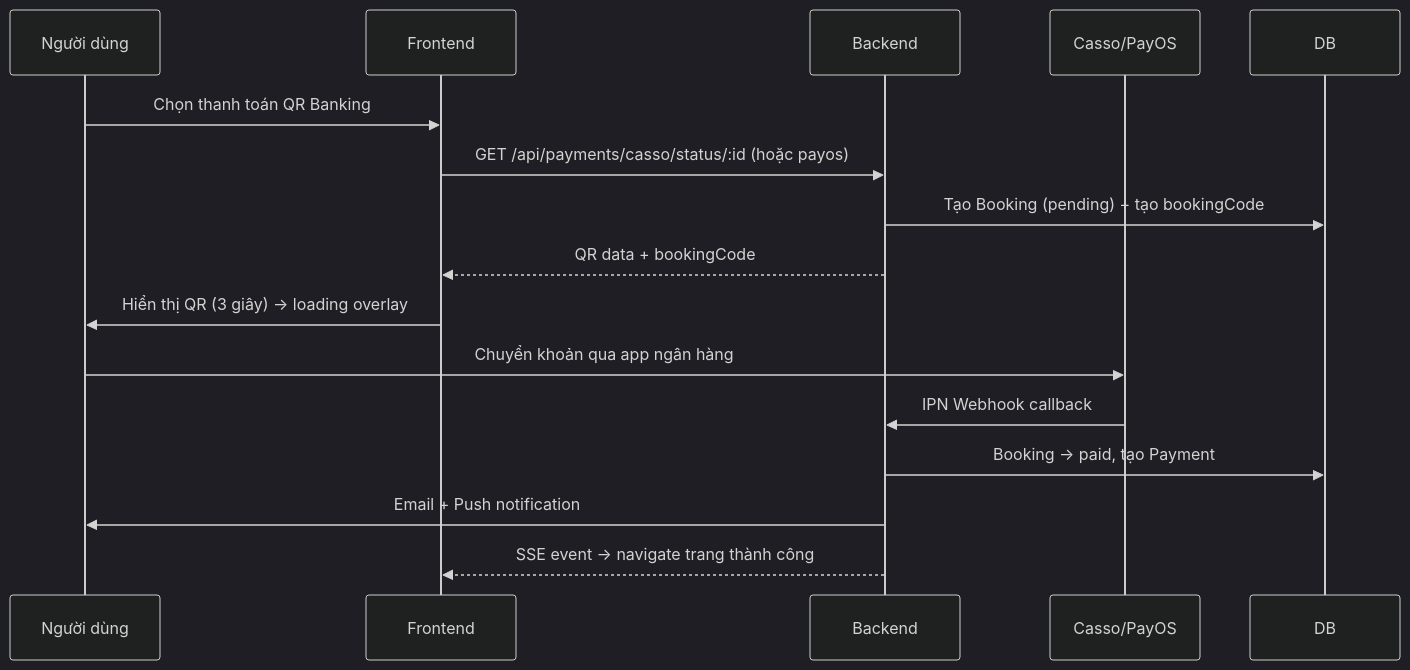
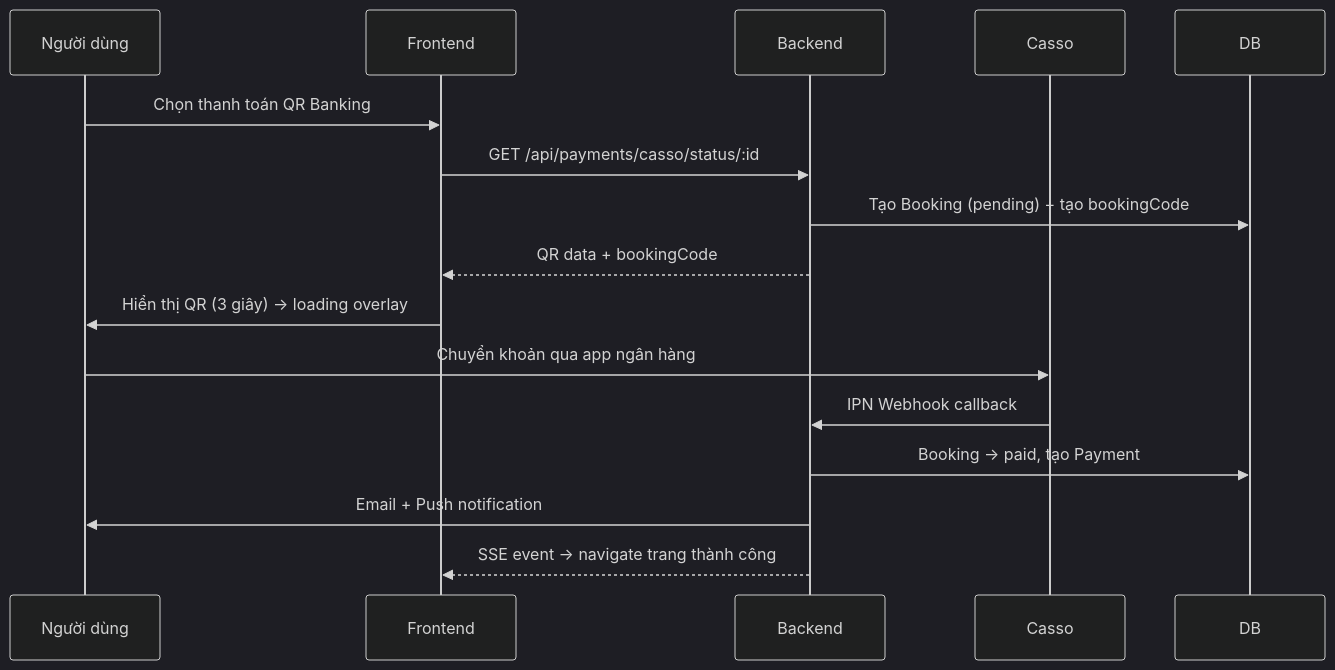
The third of 3 diagrams in docs/project-overview.md (dduck210/cine-clone), drawn with Mermaid (dark theme) before and after one commit. The commit also changed other lines of this file and 6 other files, not shown here.

````diff
--- a/docs/project-overview.md
+++ b/docs/project-overview.md
@@ -148,20 +148,20 @@
 ```mermaid
 sequenceDiagram
     participant U as Người dùng
     participant FE as Frontend
     participant BE as Backend
-    participant GW as Casso/PayOS
+    participant GW as Casso
 
     U->>FE: Chọn thanh toán QR Banking
-    FE->>BE: GET /api/payments/casso/status/:id (hoặc payos)
+    FE->>BE: GET /api/payments/casso/status/:id
     BE->>DB: Tạo Booking (pending) + tạo bookingCode
     BE-->>FE: QR data + bookingCode
 
     FE->>U: Hiển thị QR (3 giây) → loading overlay
     U->>GW: Chuyển khoản qua app ngân hàng
     GW->>BE: IPN Webhook callback
 
     BE->>DB: Booking → paid, tạo Payment
     BE->>U: Email + Push notification
     BE-->>FE: SSE event → navigate trang thành công
 ```
````
